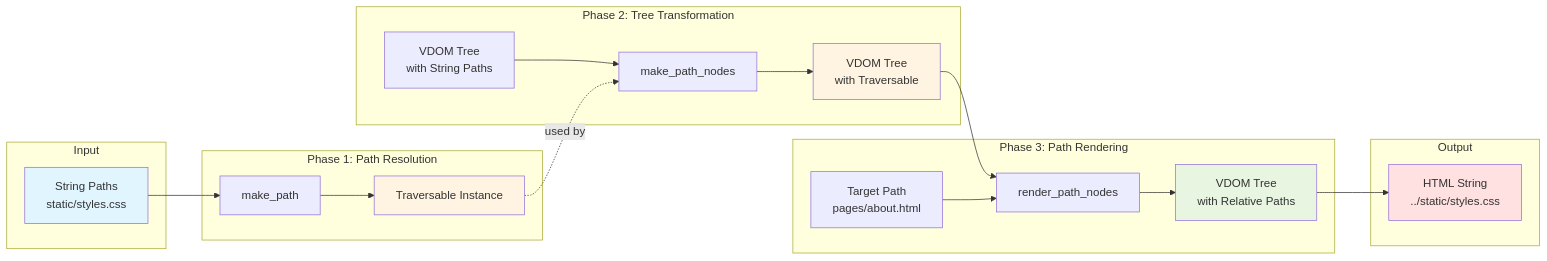
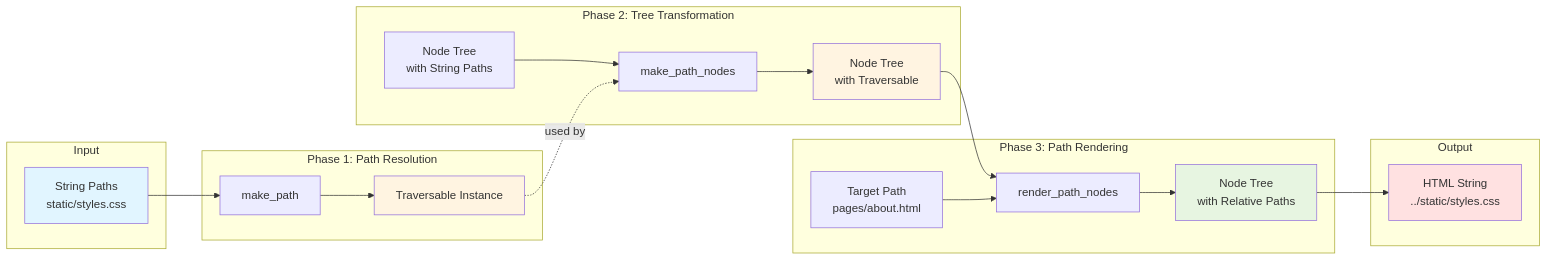
One commit to t-strings/tdom-path changed the second of 3 diagrams in docs/guides/core-concepts.md. Above: the diagram before and after it, drawn with Mermaid. The commit also changed other lines of this file and 16 other files, not shown here.

````diff
--- a/docs/guides/core-concepts.md
+++ b/docs/guides/core-concepts.md
@@ -94,36 +94,36 @@
 ```mermaid
 flowchart LR
     subgraph Input
         STR[String Paths<br/>static/styles.css]
     end
 
     subgraph Phase1[Phase 1: Path Resolution]
         MP[make_path]
         STR --> MP
         MP --> TRAV[Traversable Instance]
     end
 
     subgraph Phase2[Phase 2: Tree Transformation]
         MPN[make_path_nodes]
-        TREE1[VDOM Tree<br/>with String Paths] --> MPN
-        MPN --> TREE2[VDOM Tree<br/>with Traversable]
+        TREE1[Node Tree<br/>with String Paths] --> MPN
+        MPN --> TREE2[Node Tree<br/>with Traversable]
         TRAV -.used by.-> MPN
     end
 
     subgraph Phase3[Phase 3: Path Rendering]
         RPN[render_path_nodes]
         TREE2 --> RPN
         TARGET[Target Path<br/>pages/about.html] --> RPN
-        RPN --> TREE3[VDOM Tree<br/>with Relative Paths]
+        RPN --> TREE3[Node Tree<br/>with Relative Paths]
     end
 
     subgraph Output
         TREE3 --> HTML[HTML String<br/>../static/styles.css]
     end
 
     style STR fill:#e1f5ff
     style TRAV fill:#fff4e1
     style TREE2 fill:#fff4e1
     style TREE3 fill:#e7f5e1
     style HTML fill:#ffe1e1
 ```
````
